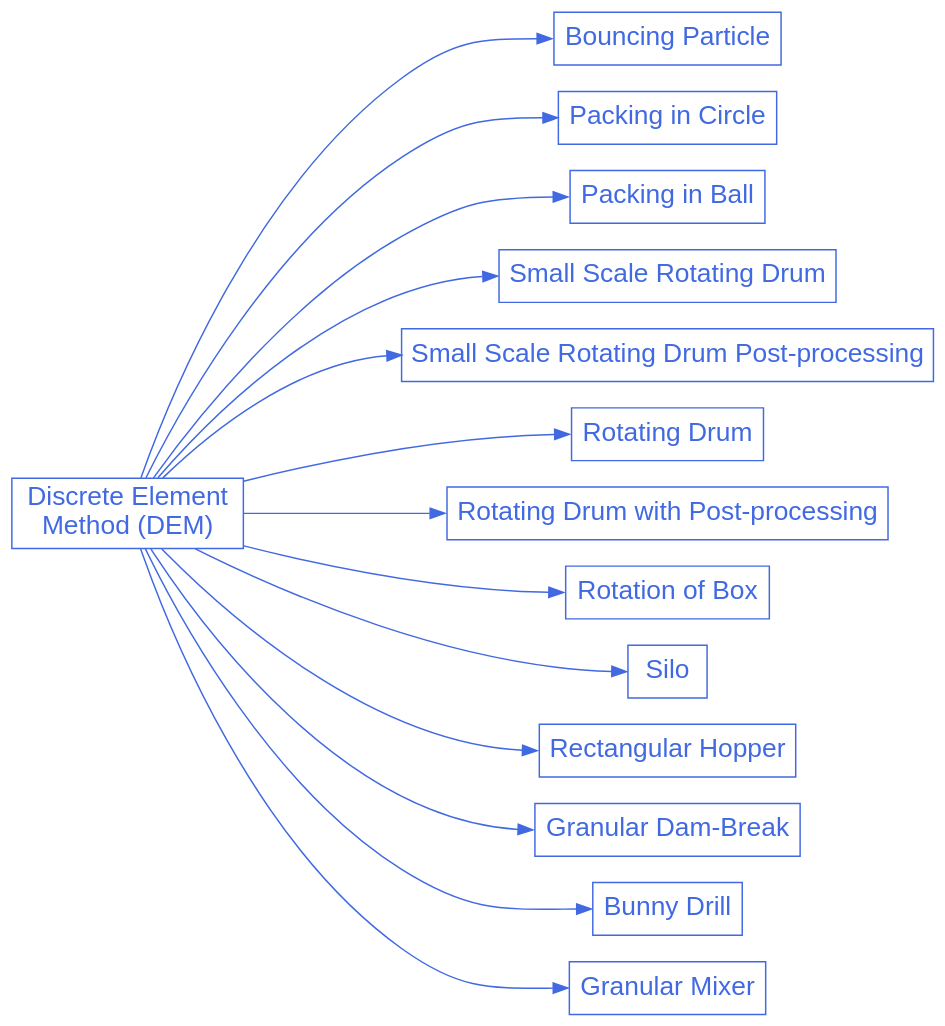
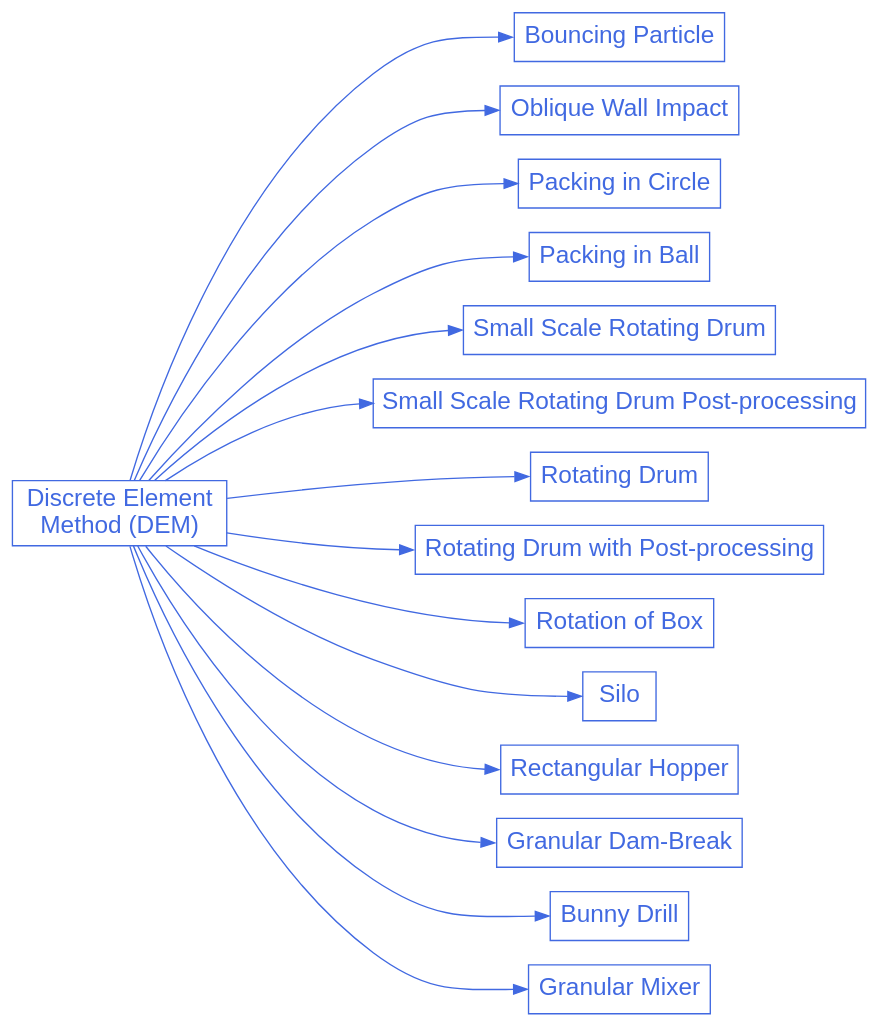
The diagram in doc/source/examples/dem/dem.rst (chaos-polymtl/lethe), drawn with Graphviz before and after one commit. The commit also changed other lines of this file and 1 other file, not shown here.

Commit message:
Finish oblique wall impact doc

```diff
--- a/doc/source/examples/dem/dem.rst
+++ b/doc/source/examples/dem/dem.rst
@@ -26,53 +27,56 @@
 .. graphviz:: 
 
     digraph dem_diagram {
       graph [bgcolor="transparent", align=true, ranksep=1.5];
       node [fontname=Arial, fontsize=18, shape=box, fontcolor=royalblue, color=royalblue];
       edge [color=royalblue];
       rankdir="LR";
       size = "9,9";
       
       dem [label="Discrete Element \nMethod (DEM)", href="https://lethe-cfd.github.io/lethe/examples/dem/dem.html"];
 
       dem_1 [label="Bouncing Particle", href="https://lethe-cfd.github.io/lethe/examples/dem/bouncing-particle/bouncing-particle.html"];
 
-      dem_2 [label="Packing in Circle", href="https://lethe-cfd.github.io/lethe/examples/dem/packing-in-circle/packing-in-circle.html"];
+      dem_2 [label="Oblique Wall Impact", href="https://lethe-cfd.github.io/lethe/examples/dem/oblique-wall-impact/oblique-wall-impact.html"];
 
-      dem_3 [label="Packing in Ball", href="https://lethe-cfd.github.io/lethe/examples/dem/packing-in-ball/packing-in-ball.html"];
+      dem_3 [label="Packing in Circle", href="https://lethe-cfd.github.io/lethe/examples/dem/packing-in-circle/packing-in-circle.html"];
 
-      dem_4 [label="Small Scale Rotating Drum", href="https://lethe-cfd.github.io/lethe/examples/dem/small-scale-rotating-drum/small-scale-rotating-drum.html"];
+      dem_4 [label="Packing in Ball", href="https://lethe-cfd.github.io/lethe/examples/dem/packing-in-ball/packing-in-ball.html"];
+
+      dem_5 [label="Small Scale Rotating Drum", href="https://lethe-cfd.github.io/lethe/examples/dem/small-scale-rotating-drum/small-scale-rotating-drum.html"];
     
-      dem_5 [label="Small Scale Rotating Drum Post-processing", href="https://lethe-cfd.github.io/lethe/examples/dem/small-scale-rotating-drum-post-processing/small-scale-rotating-drum-post-processing.html"];
+      dem_6 [label="Small Scale Rotating Drum Post-processing", href="https://lethe-cfd.github.io/lethe/examples/dem/small-scale-rotating-drum-post-processing/small-scale-rotating-drum-post-processing.html"];
 
-      dem_6 [label="Rotating Drum", href="https://lethe-cfd.github.io/lethe/examples/dem/rotating-drum/rotating-drum.html"];
+      dem_7 [label="Rotating Drum", href="https://lethe-cfd.github.io/lethe/examples/dem/rotating-drum/rotating-drum.html"];
 
-      dem_7 [label="Rotating Drum with Post-processing", href="https://lethe-cfd.github.io/lethe/examples/dem/rotating-drum-with-post-processing/rotating-drum-with-post-processing.html"];
+      dem_8 [label="Rotating Drum with Post-processing", href="https://lethe-cfd.github.io/lethe/examples/dem/rotating-drum-with-post-processing/rotating-drum-with-post-processing.html"];
 
-      dem_8 [label="Rotation of Box", href="https://lethe-cfd.github.io/lethe/examples/dem/rotation-of-box/rotation-of-box.html"];
+      dem_9 [label="Rotation of Box", href="https://lethe-cfd.github.io/lethe/examples/dem/rotation-of-box/rotation-of-box.html"];
 
-      dem_9 [label="Silo", href="https://lethe-cfd.github.io/lethe/examples/dem/silo/silo.html"]; 
+      dem_10 [label="Silo", href="https://lethe-cfd.github.io/lethe/examples/dem/silo/silo.html"]; 
 
-      dem_10 [label="Rectangular Hopper", href="https://lethe-cfd.github.io/lethe/examples/dem/rectangular-hopper/rectangular-hopper.html"];
+      dem_11 [label="Rectangular Hopper", href="https://lethe-cfd.github.io/lethe/examples/dem/rectangular-hopper/rectangular-hopper.html"];
 
-      dem_11 [label="Granular Dam-Break", href="https://lethe-cfd.github.io/lethe/examples/dem/granular-dam-break/granular-dam-break.html"];
+      dem_12 [label="Granular Dam-Break", href="https://lethe-cfd.github.io/lethe/examples/dem/granular-dam-break/granular-dam-break.html"];
 
-      dem_12 [label="Bunny Drill", href="https://lethe-cfd.github.io/lethe/examples/dem/bunny-drill/bunny-drill.html"];
+      dem_13 [label="Bunny Drill", href="https://lethe-cfd.github.io/lethe/examples/dem/bunny-drill/bunny-drill.html"];
 
-      dem_13 [label="Granular Mixer", href="https://lethe-cfd.github.io/lethe/examples/dem/granular-mixer/granular-mixer.html"];
+      dem_14 [label="Granular Mixer", href="https://lethe-cfd.github.io/lethe/examples/dem/granular-mixer/granular-mixer.html"];
 
       
 
       dem -> dem_1:w;
       dem -> dem_2:w;
       dem -> dem_3:w;
       dem -> dem_4:w;
       dem -> dem_5:w;
       dem -> dem_6:w;
       dem -> dem_7:w;
       dem -> dem_8:w;
       dem -> dem_9:w;
       dem -> dem_10:w;
       dem -> dem_11:w;
       dem -> dem_12:w;
       dem -> dem_13:w;
+      dem -> dem_14:w;
     }
```
